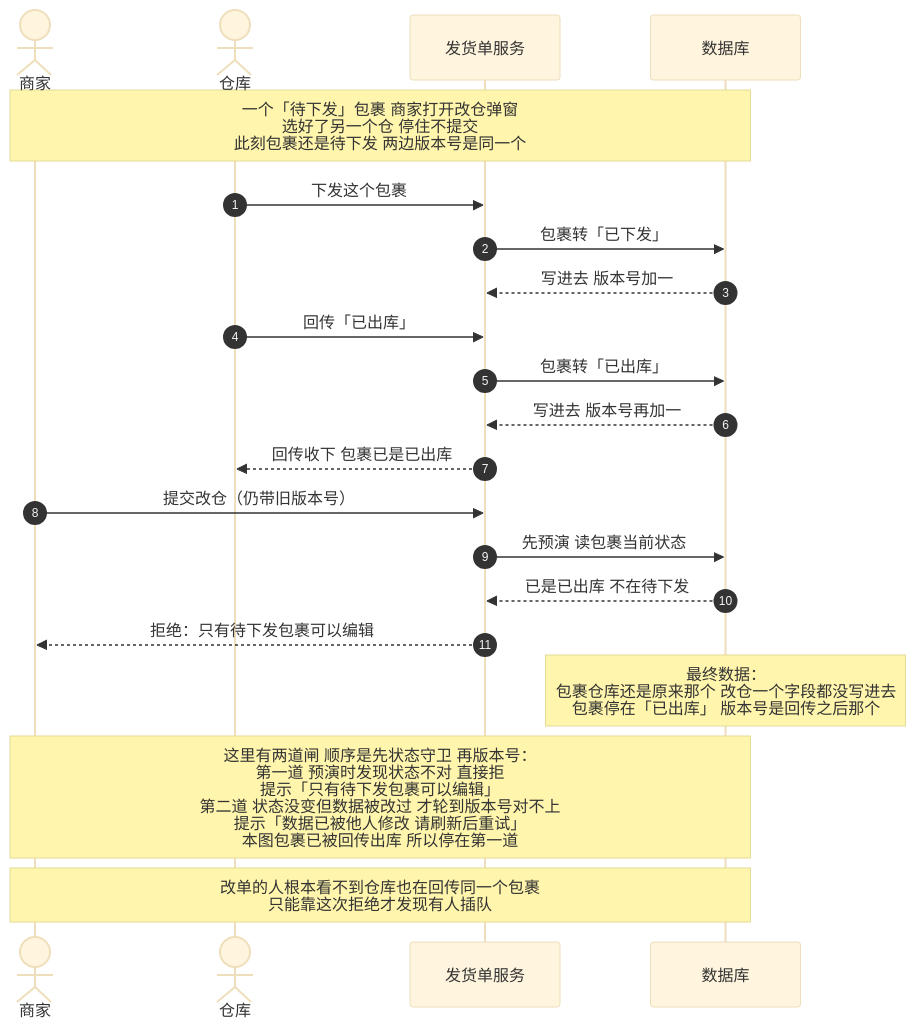
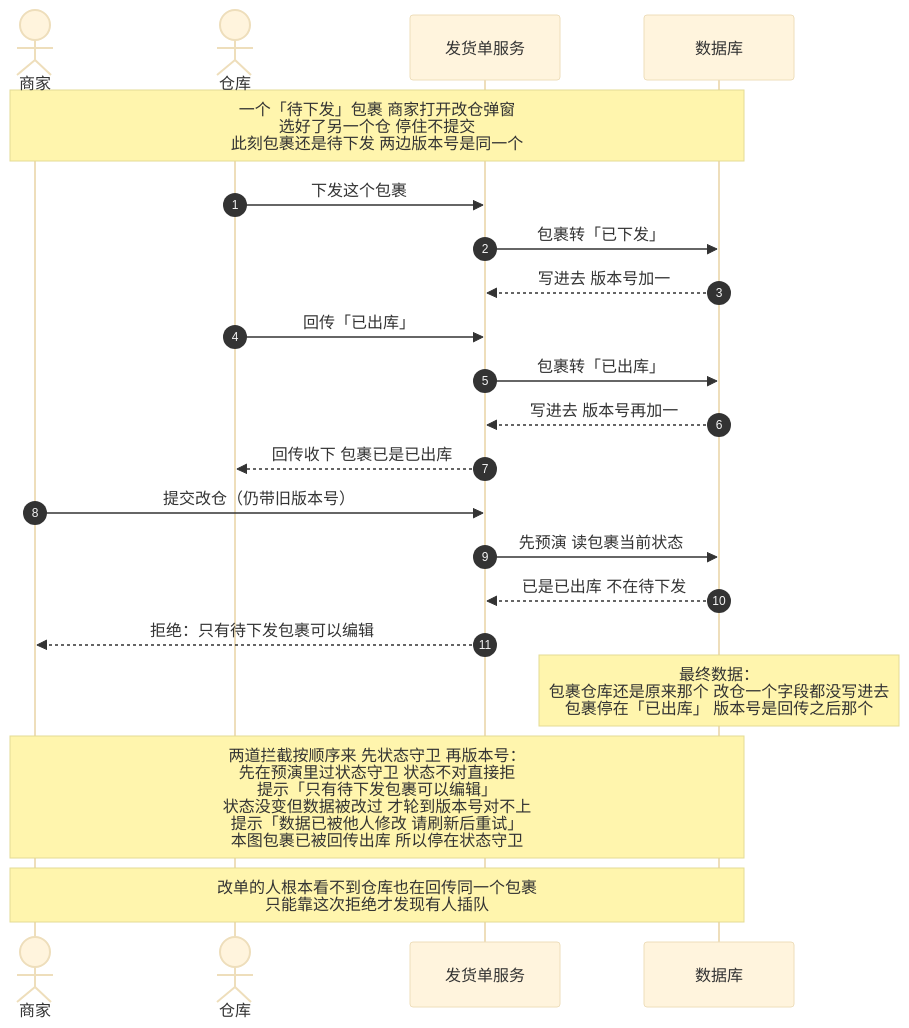
The diagram in docs/flows/02-业务场景/并发与竞态/双向竞态/发货单与仓库回传/1-双向并发图.mmd (zzy-repo/qiqi-mall), drawn with Mermaid (base theme) before and after one commit. The commit also changed 231 other files, not shown here.

```diff
--- a/docs/flows/02-业务场景/并发与竞态/双向竞态/发货单与仓库回传/1-双向并发图.mmd
+++ b/docs/flows/02-业务场景/并发与竞态/双向竞态/发货单与仓库回传/1-双向并发图.mmd
@@ -1,25 +1,25 @@
 sequenceDiagram
     autonumber
     actor 商家 as 商家
     actor 仓库 as 仓库
     participant 发货 as 发货单服务
     participant 库 as 数据库
 
     Note over 商家,库: 一个「待下发」包裹 商家打开改仓弹窗<br/>选好了另一个仓 停住不提交<br/>此刻包裹还是待下发 两边版本号是同一个
 
     仓库->>发货: 下发这个包裹
     发货->>库: 包裹转「已下发」
     库-->>发货: 写进去 版本号加一
     仓库->>发货: 回传「已出库」
     发货->>库: 包裹转「已出库」
     库-->>发货: 写进去 版本号再加一
     发货-->>仓库: 回传收下 包裹已是已出库
 
     商家->>发货: 提交改仓（仍带旧版本号）
     发货->>库: 先预演 读包裹当前状态
     库-->>发货: 已是已出库 不在待下发
     发货-->>商家: 拒绝：只有待下发包裹可以编辑
 
     Note over 库: 最终数据：<br/>包裹仓库还是原来那个 改仓一个字段都没写进去<br/>包裹停在「已出库」 版本号是回传之后那个
-    Note over 商家,库: 这里有两道闸 顺序是先状态守卫 再版本号：<br/>第一道 预演时发现状态不对 直接拒<br/>提示「只有待下发包裹可以编辑」<br/>第二道 状态没变但数据被改过 才轮到版本号对不上<br/>提示「数据已被他人修改 请刷新后重试」<br/>本图包裹已被回传出库 所以停在第一道
+    Note over 商家,库: 两道拦截按顺序来 先状态守卫 再版本号：<br/>先在预演里过状态守卫 状态不对直接拒<br/>提示「只有待下发包裹可以编辑」<br/>状态没变但数据被改过 才轮到版本号对不上<br/>提示「数据已被他人修改 请刷新后重试」<br/>本图包裹已被回传出库 所以停在状态守卫
     Note over 商家,库: 改单的人根本看不到仓库也在回传同一个包裹<br/>只能靠这次拒绝才发现有人插队
```
